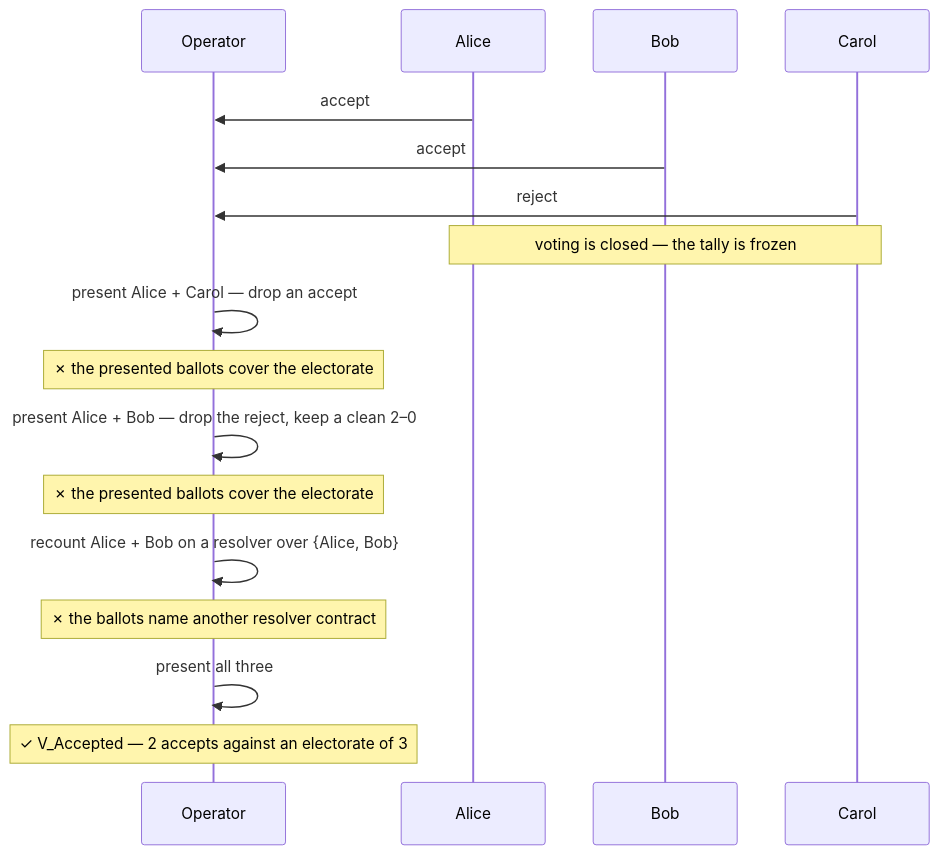
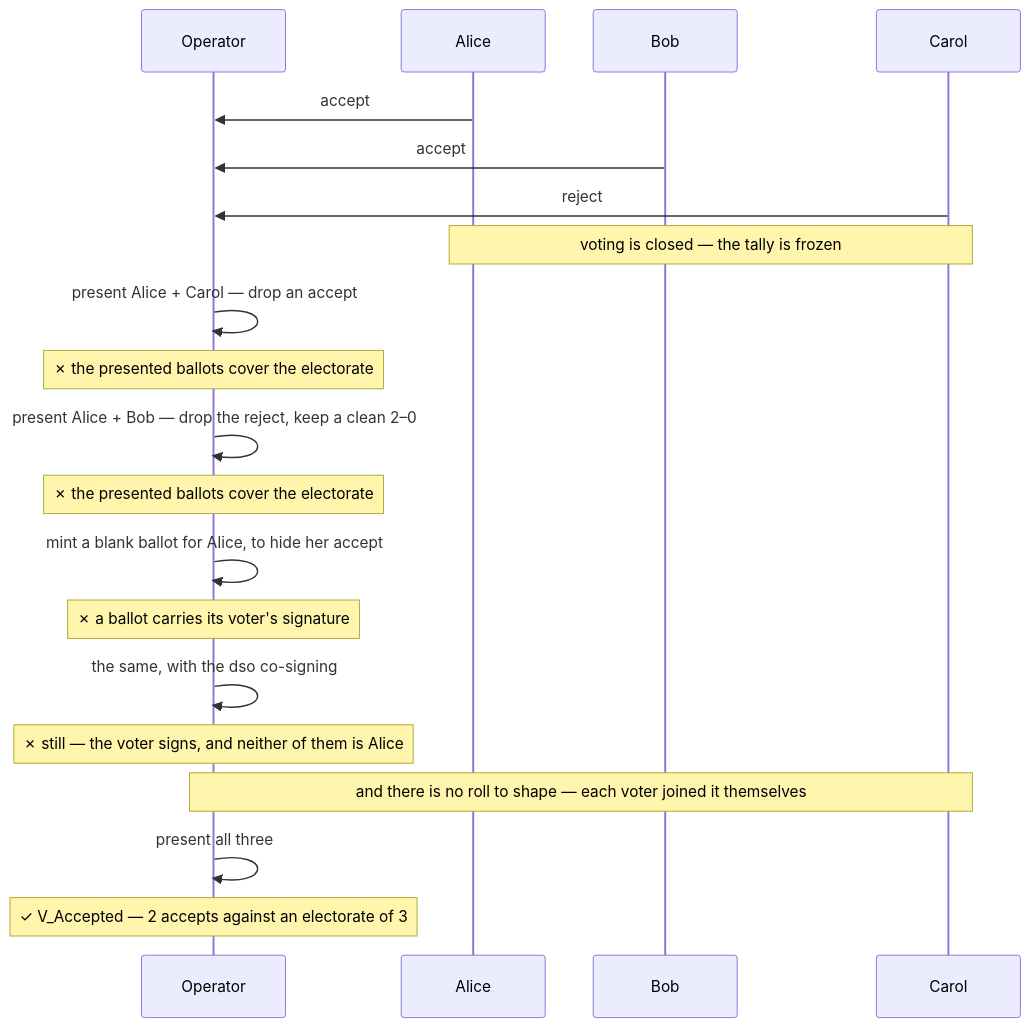
The second of 3 diagrams in examples/governance/private-majority-vote/DEMOS.md (unlockitio/concordia), drawn with Mermaid before and after one commit. The commit also changed other lines of this file and 42 other files, not shown here.

````diff
--- a/examples/governance/private-majority-vote/DEMOS.md
+++ b/examples/governance/private-majority-vote/DEMOS.md
@@ -170,22 +154,25 @@
 ```mermaid
 sequenceDiagram
     participant O as Operator
     participant A as Alice
     participant B as Bob
     participant C as Carol
 
     A->>O: accept
     B->>O: accept
     C->>O: reject
     Note over A,C: voting is closed — the tally is frozen
 
     O->>O: present Alice + Carol — drop an accept
     Note over O: ✗ the presented ballots cover the electorate
     O->>O: present Alice + Bob — drop the reject, keep a clean 2–0
     Note over O: ✗ the presented ballots cover the electorate
-    O->>O: recount Alice + Bob on a resolver over {Alice, Bob}
-    Note over O: ✗ the ballots name another resolver contract
+    O->>O: mint a blank ballot for Alice, to hide her accept
+    Note over O: ✗ a ballot carries its voter's signature
+    O->>O: the same, with the dso co-signing
+    Note over O: ✗ still — the voter signs, and neither of them is Alice
+    Note over O,C: and there is no roll to shape — each voter joined it themselves
 
     O->>O: present all three
     Note over O: ✓ V_Accepted — 2 accepts against an electorate of 3
 ```
````
